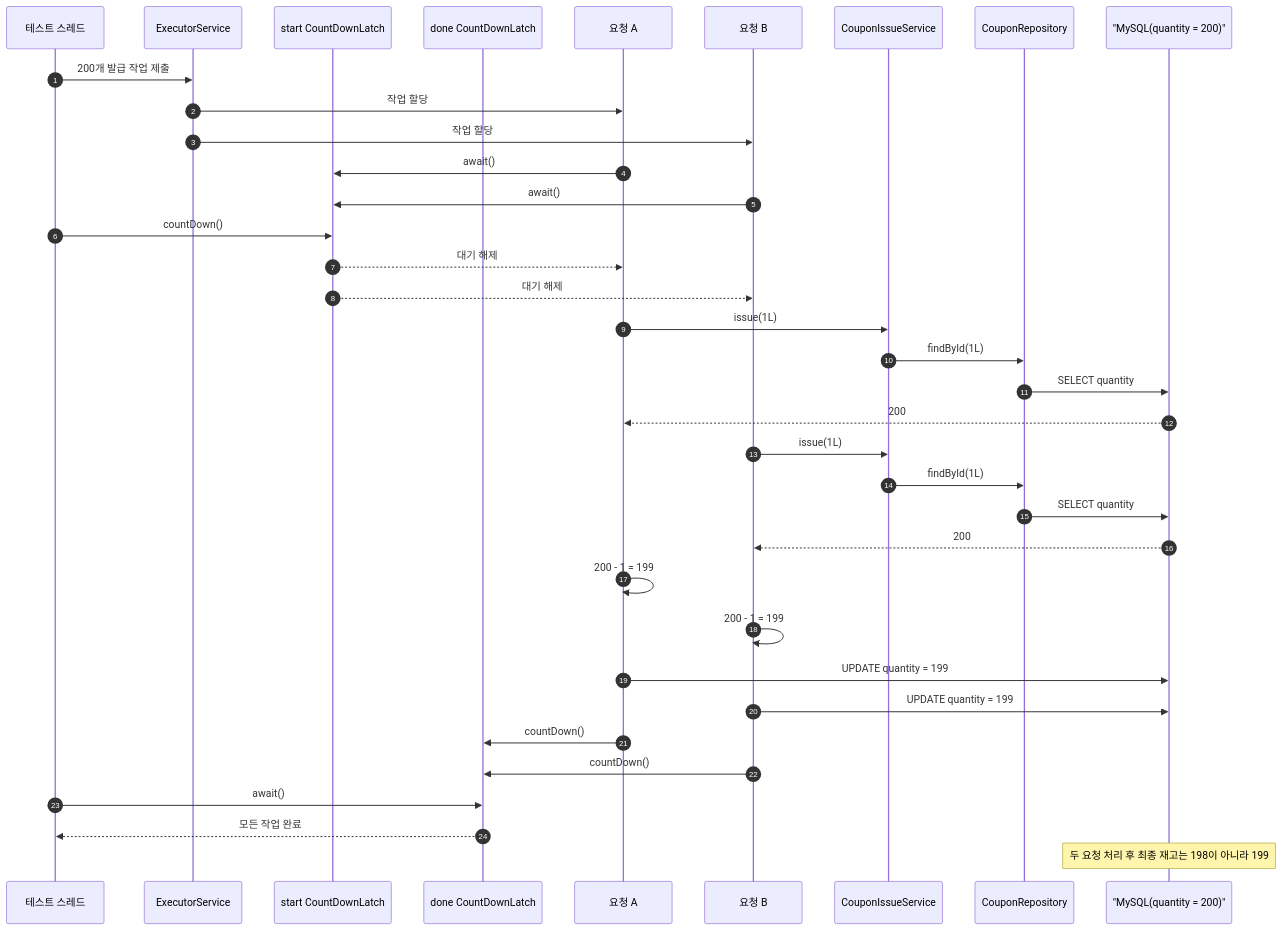
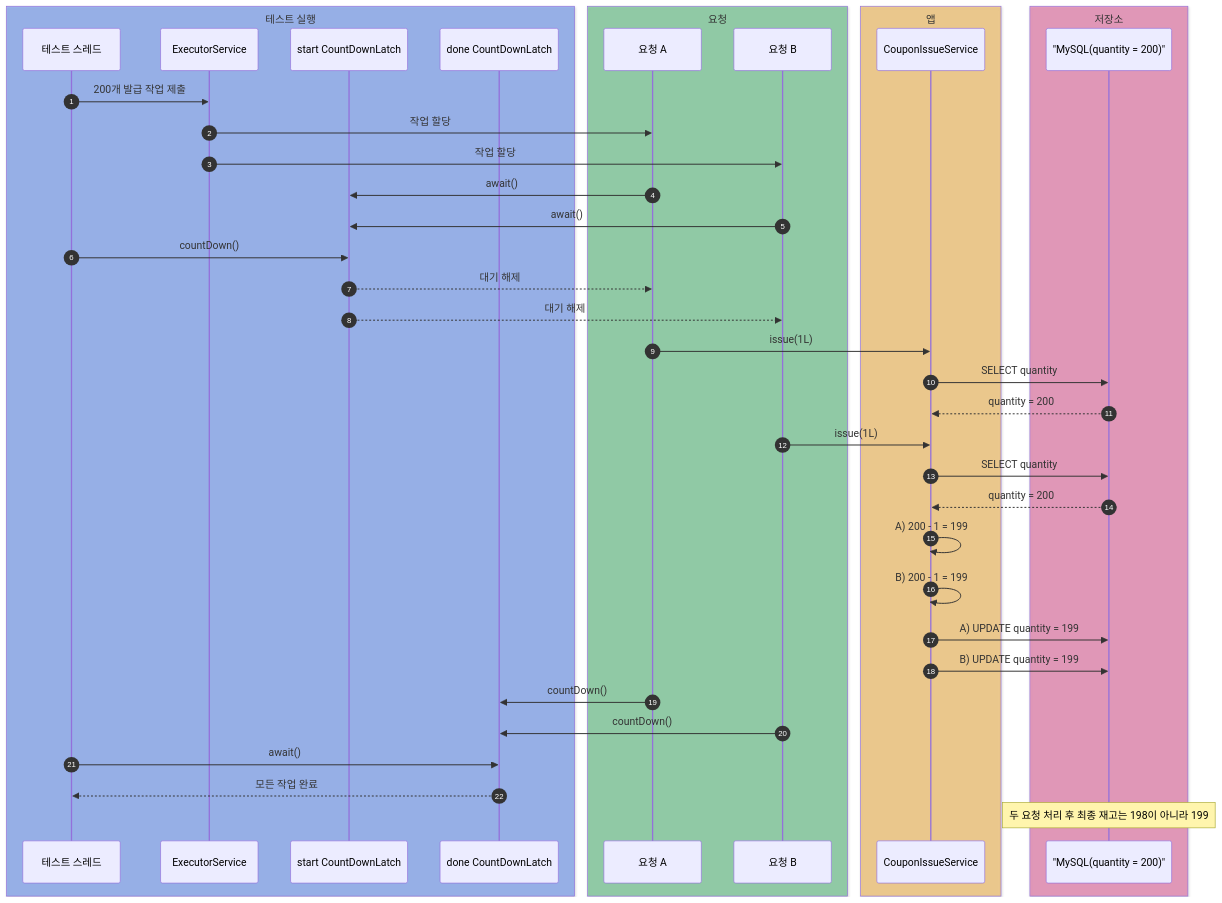
The first of 9 diagrams in labs/coupon-issue/README.md (HJC96/deep-dive), drawn with Mermaid before and after one commit. The commit also changed other lines of this file and 6 other files, not shown here.

````diff
--- a/labs/coupon-issue/README.md
+++ b/labs/coupon-issue/README.md
@@ -62,46 +71,51 @@
 ```mermaid
 sequenceDiagram
     autonumber
+    box rgba(37, 99, 235, 0.40) 테스트 실행
     participant Test as 테스트 스레드
     participant Executor as ExecutorService
     participant StartLatch as start CountDownLatch
     participant DoneLatch as done CountDownLatch
+    end
+    box rgba(22, 163, 74, 0.40) 요청
     participant A as 요청 A
     participant B as 요청 B
+    end
+    box rgba(245, 158, 11, 0.40) 앱
     participant Service as CouponIssueService
-    participant Repository as CouponRepository
+    end
+    box rgba(219, 39, 119, 0.40) 저장소
     participant DB as "MySQL(quantity = 200)"
+    end
 
     Test->>Executor: 200개 발급 작업 제출
     Executor->>A: 작업 할당
     Executor->>B: 작업 할당
     A->>StartLatch: await()
     B->>StartLatch: await()
 
     Test->>StartLatch: countDown()
     StartLatch-->>A: 대기 해제
     StartLatch-->>B: 대기 해제
 
     A->>Service: issue(1L)
-    Service->>Repository: findById(1L)
-    Repository->>DB: SELECT quantity
-    DB-->>A: 200
+    Service->>DB: SELECT quantity
+    DB-->>Service: quantity = 200
 
     B->>Service: issue(1L)
-    Service->>Repository: findById(1L)
-    Repository->>DB: SELECT quantity
-    DB-->>B: 200
+    Service->>DB: SELECT quantity
+    DB-->>Service: quantity = 200
 
-    A->>A: 200 - 1 = 199
-    B->>B: 200 - 1 = 199
+    Service->>Service: A) 200 - 1 = 199
+    Service->>Service: B) 200 - 1 = 199
 
-    A->>DB: UPDATE quantity = 199
-    B->>DB: UPDATE quantity = 199
+    Service->>DB: A) UPDATE quantity = 199
+    Service->>DB: B) UPDATE quantity = 199
 
     A->>DoneLatch: countDown()
     B->>DoneLatch: countDown()
     Test->>DoneLatch: await()
     DoneLatch-->>Test: 모든 작업 완료
 
     Note over DB: 두 요청 처리 후 최종 재고는 198이 아니라 199
 ```
````
